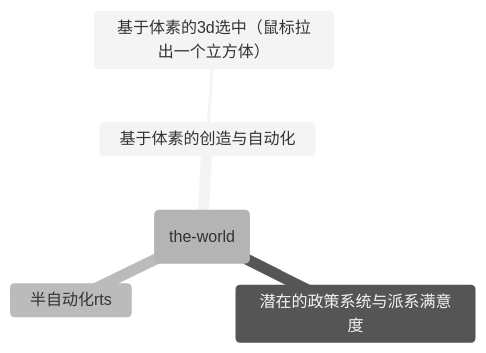
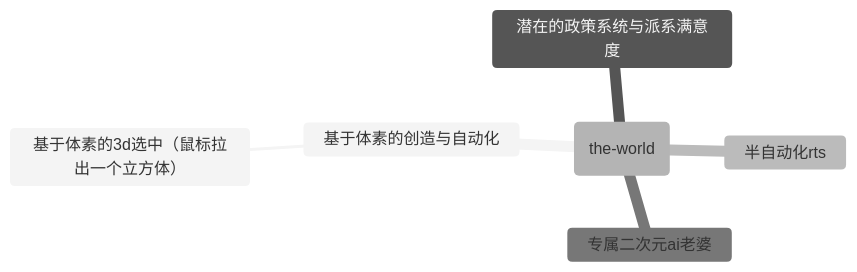
The diagram in README.md (bigLRRH/the-world), drawn with Mermaid (neutral theme) before and after one commit. The commit also changed 14 other files, not shown here.

````diff
--- a/README.md
+++ b/README.md
@@ -18,8 +18,9 @@
 ```mermaid
 mindmap
 root(the-world)
     基于体素的创造与自动化
         基于体素的3d选中（鼠标拉出一个立方体）
     潜在的政策系统与派系满意度
     半自动化rts
+    专属二次元ai老婆
 ```
````
